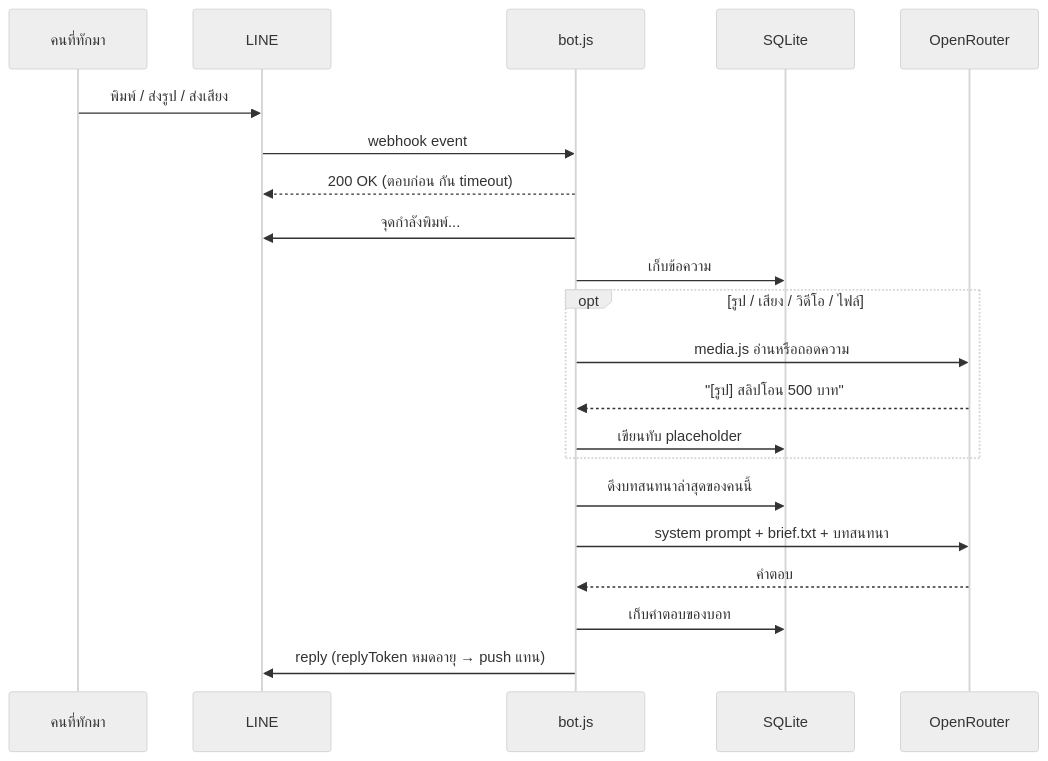
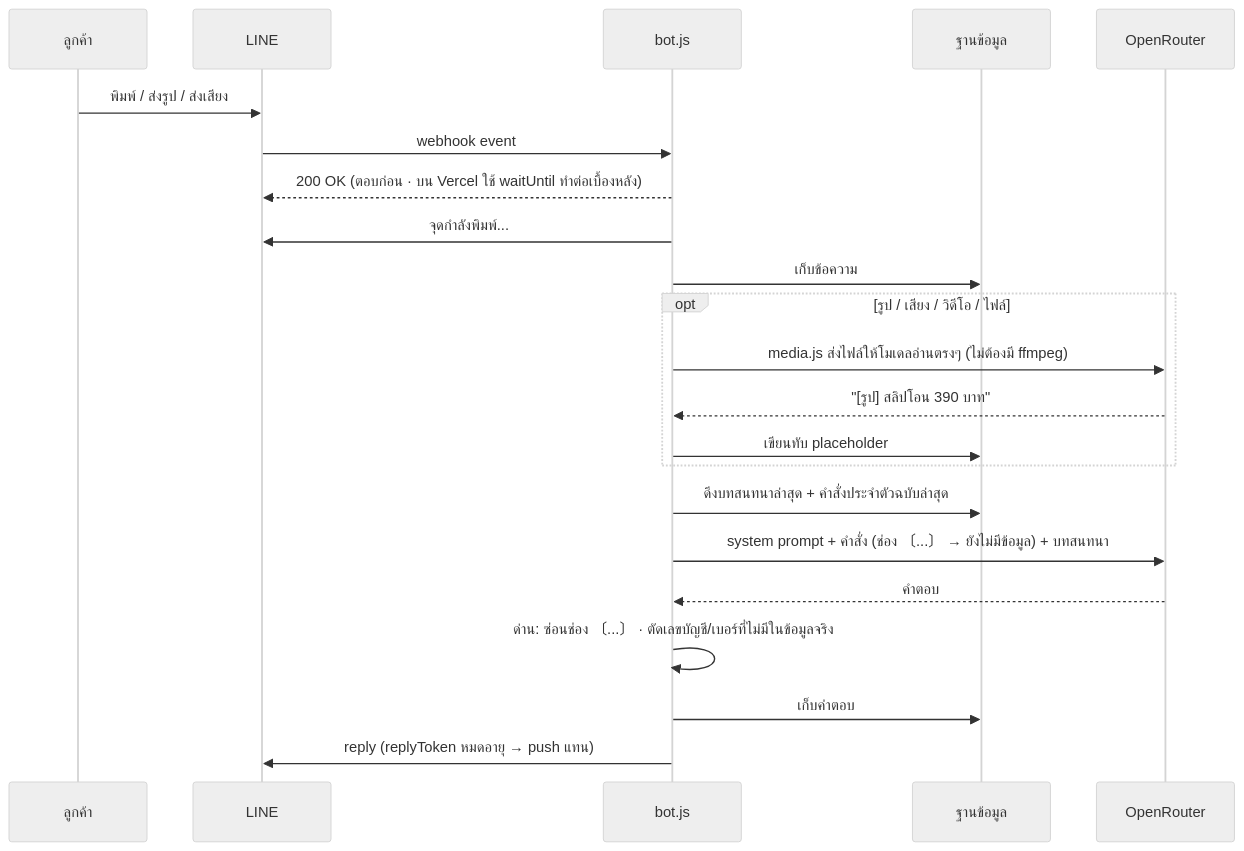
One commit to Panya-037/line-group-bot-share changed the second of 3 diagrams in WORKFLOW.md. Above: the diagram before and after it, drawn with Mermaid (neutral theme). The commit also changed other lines of this file and 32 other files, not shown here.

````diff
--- a/WORKFLOW.md
+++ b/WORKFLOW.md
@@ -25,23 +28,24 @@
 ```mermaid
 sequenceDiagram
-    participant U as คนที่ทักมา
+    participant U as ลูกค้า
     participant L as LINE
     participant B as bot.js
-    participant DB as SQLite
+    participant DB as ฐานข้อมูล
     participant AI as OpenRouter
     U->>L: พิมพ์ / ส่งรูป / ส่งเสียง
     L->>B: webhook event
-    B-->>L: 200 OK (ตอบก่อน กัน timeout)
+    B-->>L: 200 OK (ตอบก่อน · บน Vercel ใช้ waitUntil ทำต่อเบื้องหลัง)
     B->>L: จุดกำลังพิมพ์...
     B->>DB: เก็บข้อความ
     opt รูป / เสียง / วิดีโอ / ไฟล์
-      B->>AI: media.js อ่านหรือถอดความ
-      AI-->>B: "[รูป] สลิปโอน 500 บาท"
+      B->>AI: media.js ส่งไฟล์ให้โมเดลอ่านตรงๆ (ไม่ต้องมี ffmpeg)
+      AI-->>B: "[รูป] สลิปโอน 390 บาท"
       B->>DB: เขียนทับ placeholder
     end
-    B->>DB: ดึงบทสนทนาล่าสุดของคนนี้
-    B->>AI: system prompt + brief.txt + บทสนทนา
+    B->>DB: ดึงบทสนทนาล่าสุด + คำสั่งประจำตัวฉบับล่าสุด
+    B->>AI: system prompt + คำสั่ง (ช่อง 〔...〕 → ยังไม่มีข้อมูล) + บทสนทนา
     AI-->>B: คำตอบ
-    B->>DB: เก็บคำตอบของบอท
+    B->>B: ด่าน: ซ่อนช่อง 〔...〕 · ตัดเลขบัญชี/เบอร์ที่ไม่มีในข้อมูลจริง
+    B->>DB: เก็บคำตอบ
     B->>L: reply (replyToken หมดอายุ → push แทน)
 ```
````
